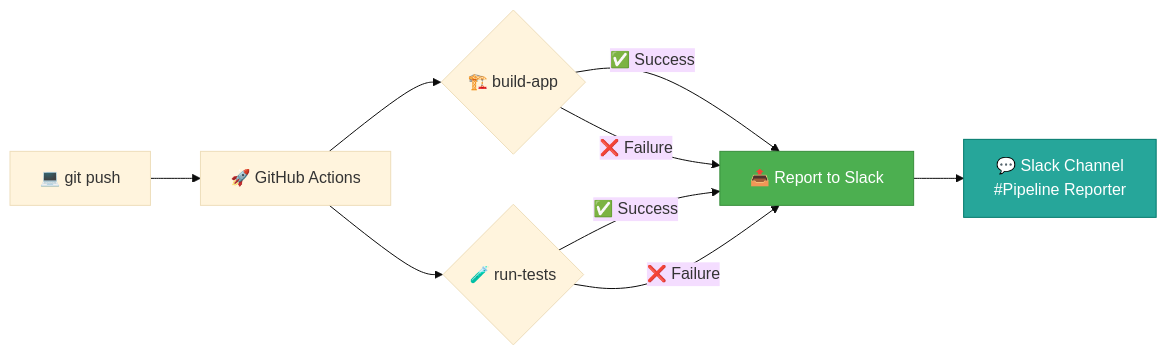
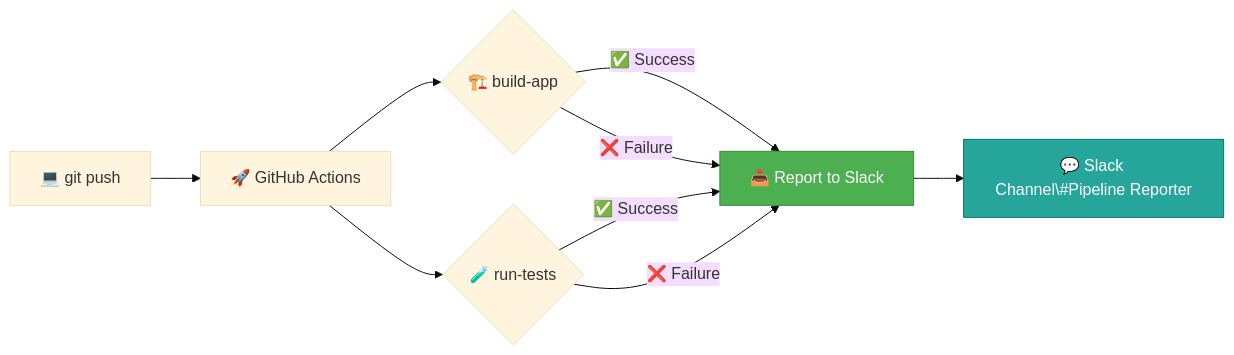
One commit to ThinkWithOps/thinkwithops-ai-cicd-projects changed the diagram in project-03_slack-pipeline-reporter/README.md. Above: the diagram before and after it, drawn with Mermaid (base theme).

Commit message:
feat(slack): update README with new project details and installation instructions

````diff
--- a/project-03_slack-pipeline-reporter/README.md
+++ b/project-03_slack-pipeline-reporter/README.md
@@ -17,13 +17,13 @@
 ```mermaid
 flowchart LR
     A[💻 git push] --> B[🚀 GitHub Actions]
     B --> C{🏗️ build-app}
     C -->|✅ Success| D[📤 Report to Slack]
     C -->|❌ Failure| D
     B --> E{🧪 run-tests}
     E -->|✅ Success| D
     E -->|❌ Failure| D
-    D --> F[💬 Slack Channel\n#Pipeline Reporter]
+    D --> F[💬 Slack Channel\#Pipeline Reporter]
     style D fill:#4CAF50,stroke:#388E3C,color:white
     style F fill:#26A69A,stroke:#00796B,color:white
 ```
````
